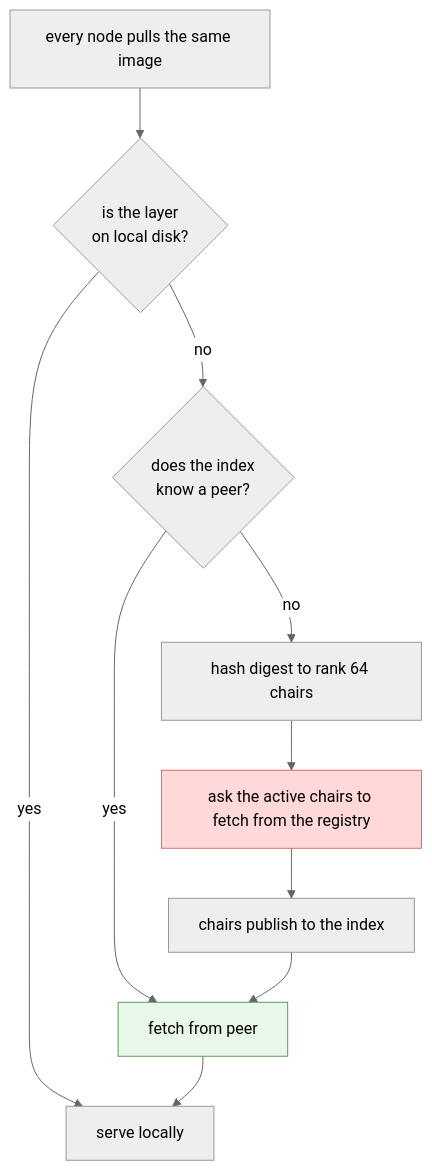
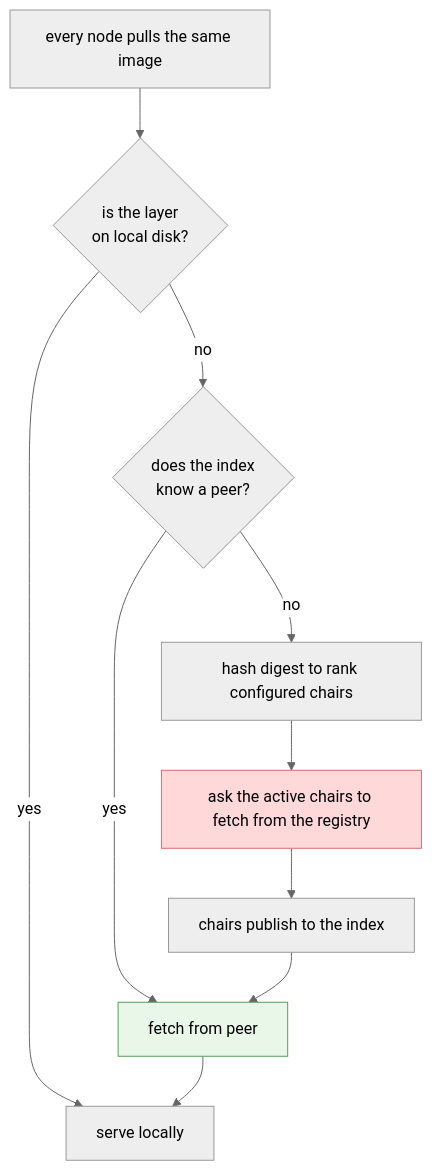
Before and after one commit to Azure/unbounded: the ninth of 9 diagrams in designs/gantry-cold-pull-explained.md, drawn with Mermaid (neutral theme). The commit also changed other lines of this file and 34 other files, not shown here.

````diff
--- a/designs/gantry-cold-pull-explained.md
+++ b/designs/gantry-cold-pull-explained.md
@@ -360,15 +358,15 @@
 ```mermaid
 flowchart TB
     A["every node pulls the same image"] --> B{"is the layer<br/>on local disk?"}
     B -->|yes| Z["serve locally"]
     B -->|no| C{"does the index<br/>know a peer?"}
     C -->|yes| D["fetch from peer"]
-    C -->|no| E["hash digest to rank 64 chairs"]
+    C -->|no| E["hash digest to rank configured chairs"]
     E --> F["ask the active chairs to fetch from the registry"]
     F --> G["chairs publish to the index"]
     G --> D
     D --> Z
 
     style F fill:#ffd9d9,stroke:#d86b6b
     style D fill:#e9f7e9,stroke:#5c9c5c
 ```
````
